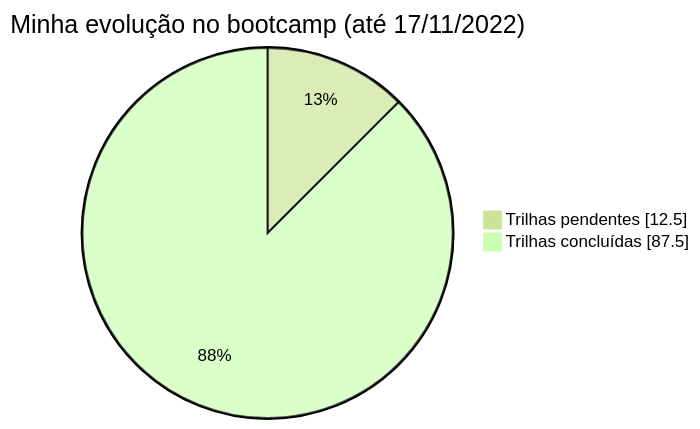
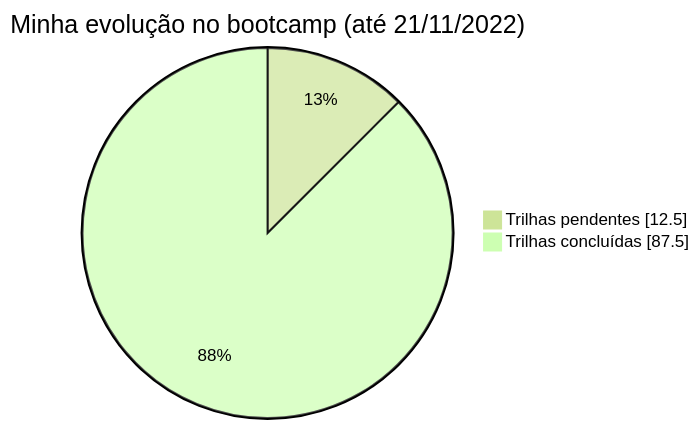
Before and after one commit to michelelozada/Bootcamp-DIO-Java-Beginners: the diagram in 1-Desafios-de-Projeto/desafio-projeto-1/README.md, drawn with Mermaid (forest theme). The commit also changed other lines of this file and 3 other files, not shown here.

````diff
--- a/1-Desafios-de-Projeto/desafio-projeto-1/README.md
+++ b/1-Desafios-de-Projeto/desafio-projeto-1/README.md
@@ -20,6 +20,6 @@
 ```mermaid
 pie showData
-  title Minha evolução no bootcamp (até 17/11/2022)
+  title Minha evolução no bootcamp (até 21/11/2022)
 	"Trilhas pendentes" : 12.5
     "Trilhas concluídas" : 87.5
 ```
````
